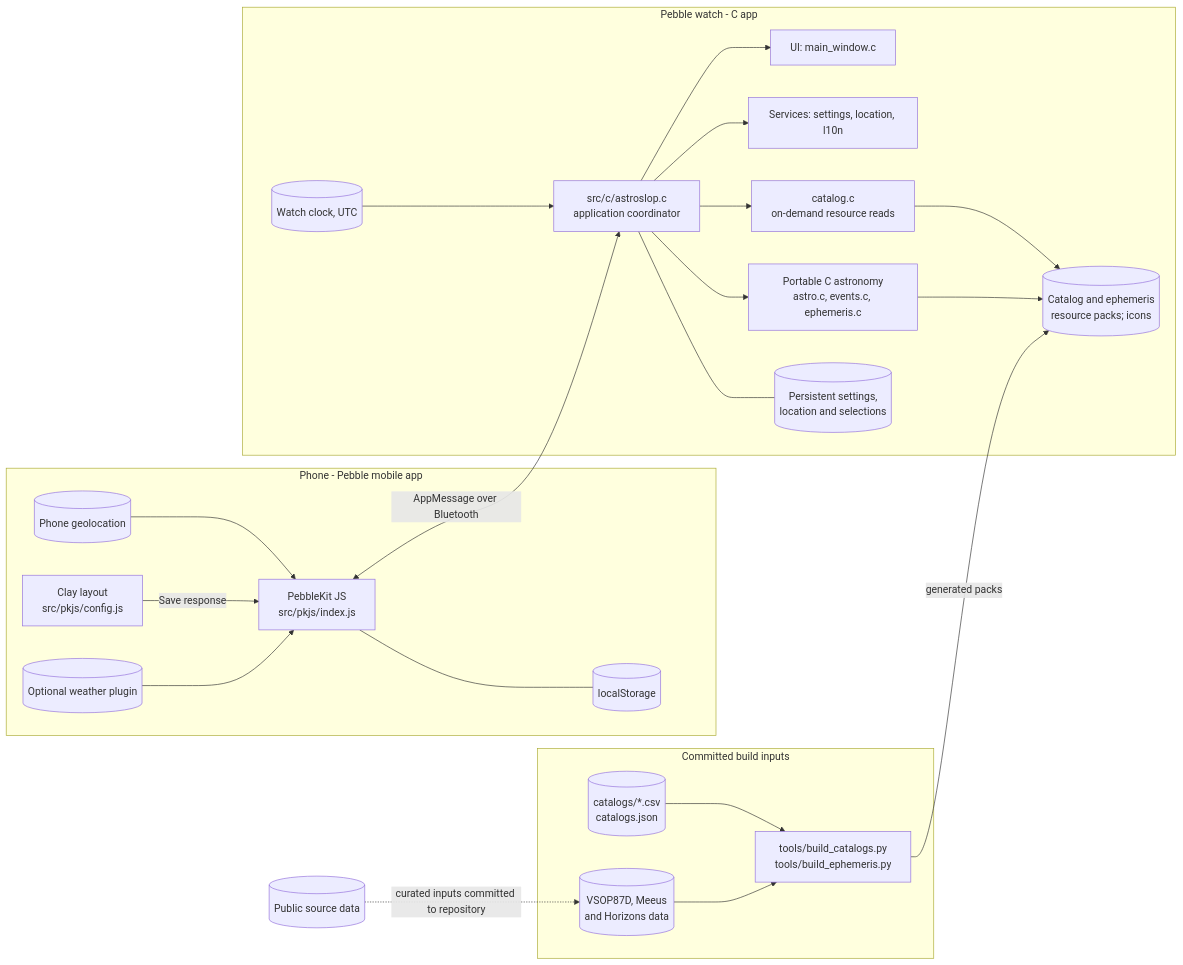
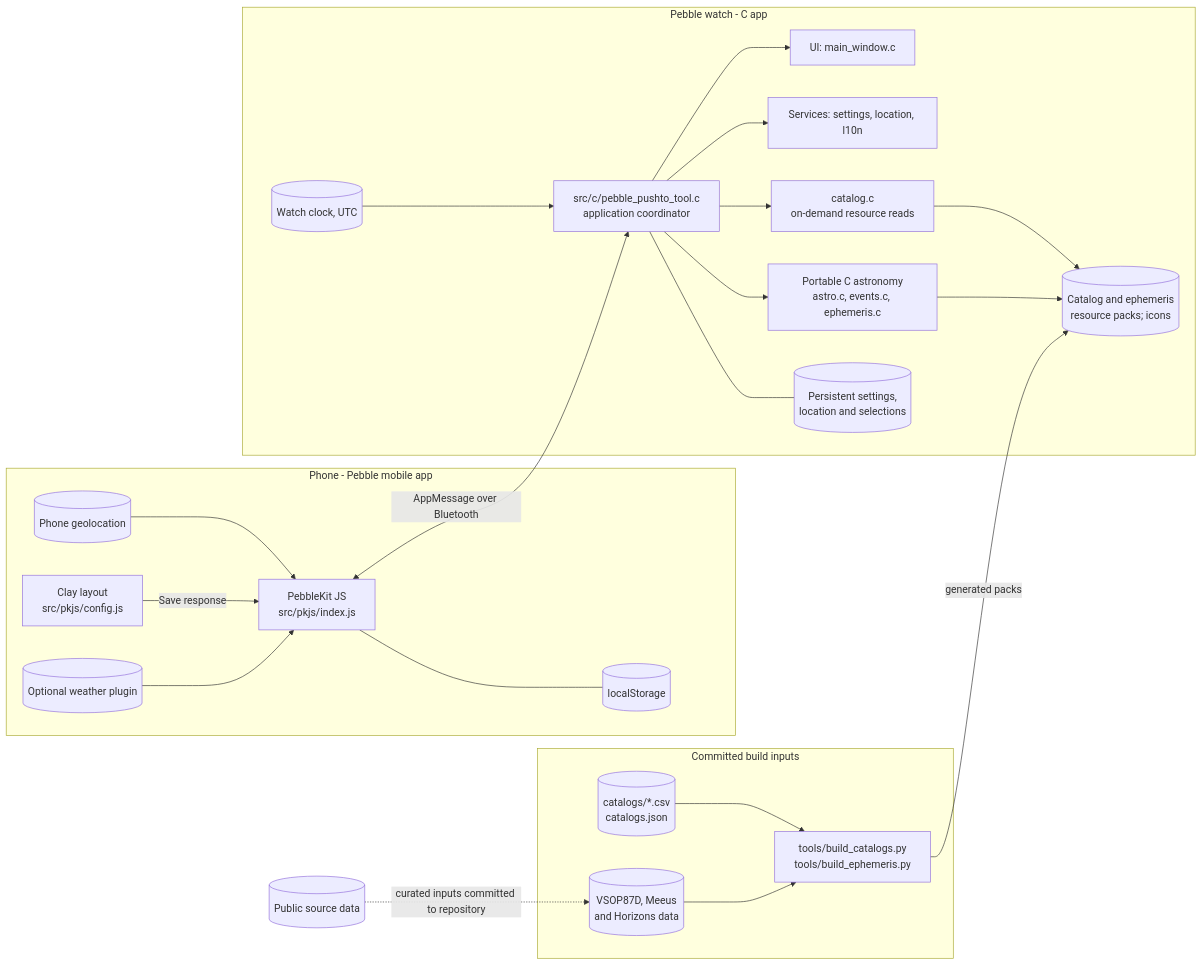
The first of 10 diagrams in docs/DESIGN.md (ewsandor/AstroSlop), drawn with Mermaid before and after one commit. The commit also changed other lines of this file and 10 other files, not shown here.

First line of the commit message:
Replace AstroSlop references with Pebble PushTo Tool branding (#60)

````diff
--- a/docs/DESIGN.md
+++ b/docs/DESIGN.md
@@ -314,42 +314,42 @@
 ```mermaid
 flowchart LR
     subgraph Sources["Committed build inputs"]
         CATCSV[("catalogs/*.csv<br/>catalogs.json")]
         EPHCSV[("VSOP87D, Meeus<br/>and Horizons data")]
         TOOLS["tools/build_catalogs.py<br/>tools/build_ephemeris.py"]
         CATCSV --> TOOLS
         EPHCSV --> TOOLS
     end
     subgraph Phone["Phone - Pebble mobile app"]
         GPS[("Phone geolocation")]
         PKJS["PebbleKit JS<br/>src/pkjs/index.js"]
         CLAY["Clay layout<br/>src/pkjs/config.js"]
         LS[("localStorage")]
         WEATHER[("Optional weather plugin")]
         GPS --> PKJS
         CLAY -->|"Save response"| PKJS
         PKJS --- LS
         WEATHER --> PKJS
     end
     subgraph Watch["Pebble watch - C app"]
-        APP["src/c/astroslop.c<br/>application coordinator"]
+        APP["src/c/pebble_pushto_tool.c<br/>application coordinator"]
         UI["UI: main_window.c"]
         SERVICES["Services: settings, location, l10n"]
         CATALOG["catalog.c<br/>on-demand resource reads"]
         ASTRO["Portable C astronomy<br/>astro.c, events.c, ephemeris.c"]
         RES[("Catalog and ephemeris<br/>resource packs; icons")]
         PST[("Persistent settings,<br/>location and selections")]
         RTC[("Watch clock, UTC")]
         APP --> UI
         APP --> SERVICES
         APP --> CATALOG
         APP --> ASTRO
         CATALOG --> RES
         ASTRO --> RES
         APP --- PST
         RTC --> APP
     end
     TOOLS -->|"generated packs"| RES
     PKJS <-->|"AppMessage over Bluetooth"| APP
     DATA[("Public source data")] -.->|"curated inputs committed to repository"| EPHCSV
 ```
````
